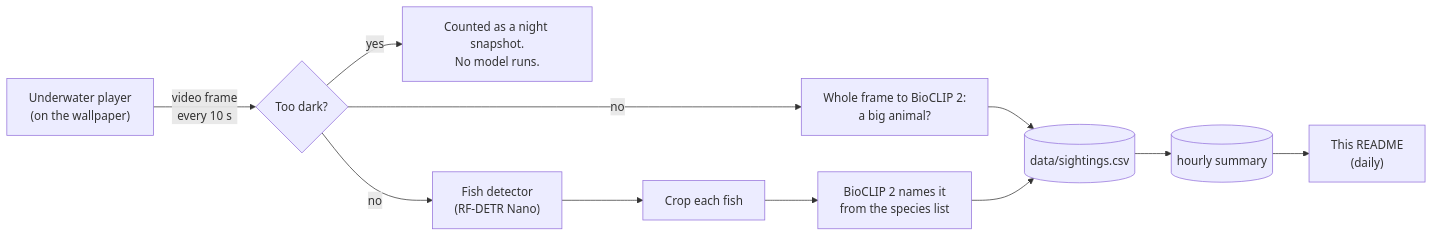
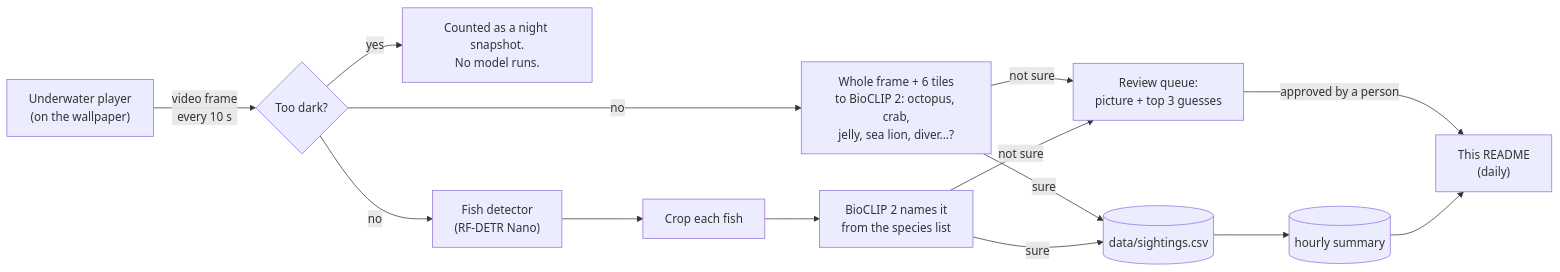
The diagram in README.md (joshuafrommeyer-35/PierTracker), drawn with Mermaid before and after one commit. The commit also changed other lines of this file and 8 other files, not shown here.

First line of the commit message:
Find non-fish animals, queue uncertain sightings for review, MIT license

````diff
--- a/README.md
+++ b/README.md
@@ -46,11 +47,14 @@
 ```mermaid
 flowchart LR
     A["Underwater player<br/>(on the wallpaper)"] -->|"video frame<br/>every 10 s"| B{"Too dark?"}
     B -->|yes| N["Counted as a night snapshot.<br/>No model runs."]
-    B -->|no| C["Whole frame to BioCLIP 2:<br/>a big animal?"]
+    B -->|no| C["Whole frame + 6 tiles<br/>to BioCLIP 2: octopus, crab,<br/>jelly, sea lion, diver...?"]
     B -->|no| D["Fish detector<br/>(RF-DETR Nano)"]
     D --> E["Crop each fish"] --> F["BioCLIP 2 names it<br/>from the species list"]
-    C --> G[("data/sightings.csv")]
-    F --> G
+    C -->|sure| G[("data/sightings.csv")]
+    F -->|sure| G
+    C -->|not sure| R["Review queue:<br/>picture + top 3 guesses"]
+    F -->|not sure| R
+    R -->|"approved by a person"| I
     G --> H[("hourly summary")] --> I["This README<br/>(daily)"]
 ```
````
